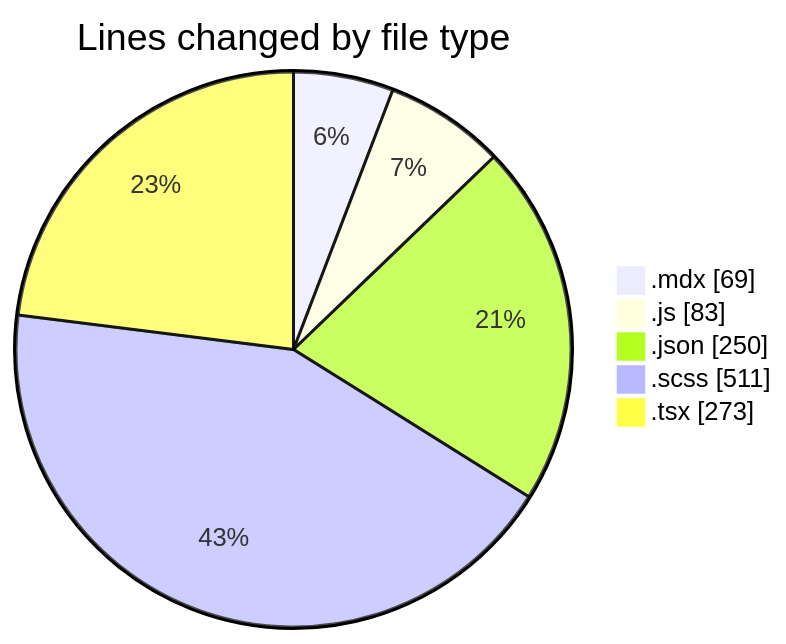
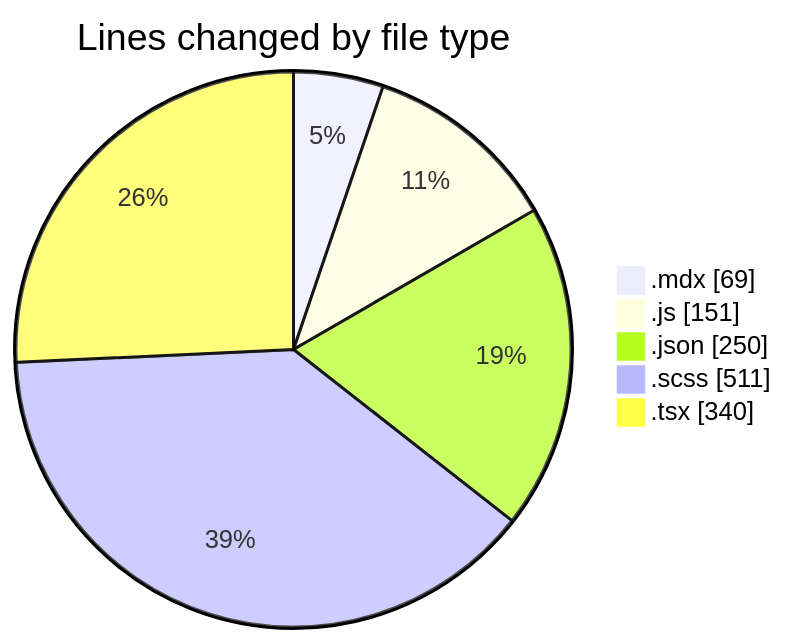
Before and after one commit to momahboobian/code-tracking: the first of 2 diagrams in 2026-08-13/cda/README.md, drawn with Mermaid. The commit also changed other lines of this file and 1 other file, not shown here.

````diff
--- a/2026-08-13/cda/README.md
+++ b/2026-08-13/cda/README.md
@@ -29,9 +29,9 @@
 ```mermaid
 pie showData
 title Lines changed by file type
 ".mdx" : 69
-".js" : 83
+".js" : 151
 ".json" : 250
 ".scss" : 511
-".tsx" : 273
+".tsx" : 340
 ```
````
